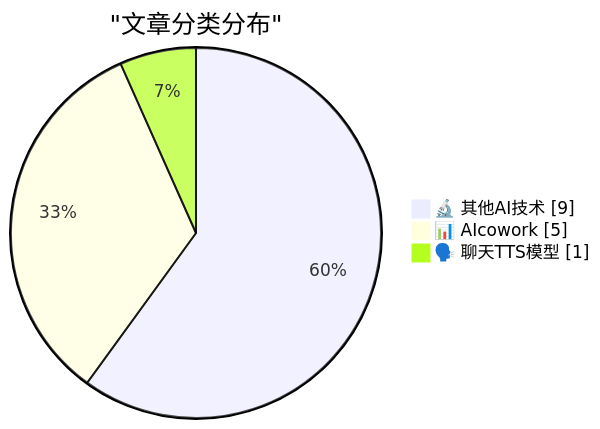
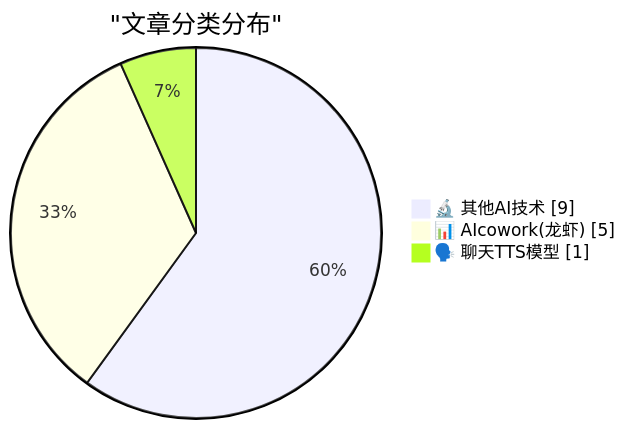
Before and after one commit to MirrMeur/ai-daily-digest: the first of 2 diagrams in digests/digest-20260317.md, drawn with Mermaid. The commit also changed other lines of this file, not shown here.

````diff
--- a/digests/digest-20260317.md
+++ b/digests/digest-20260317.md
@@ -73,7 +73,7 @@
 ```mermaid
 pie showData
     title "文章分类分布"
     "🔬 其他AI技术" : 9
-    "📊 AIcowork" : 5
+    "📊 AIcowork(龙虾)" : 5
     "🗣️ 聊天TTS模型" : 1
 ```
````
